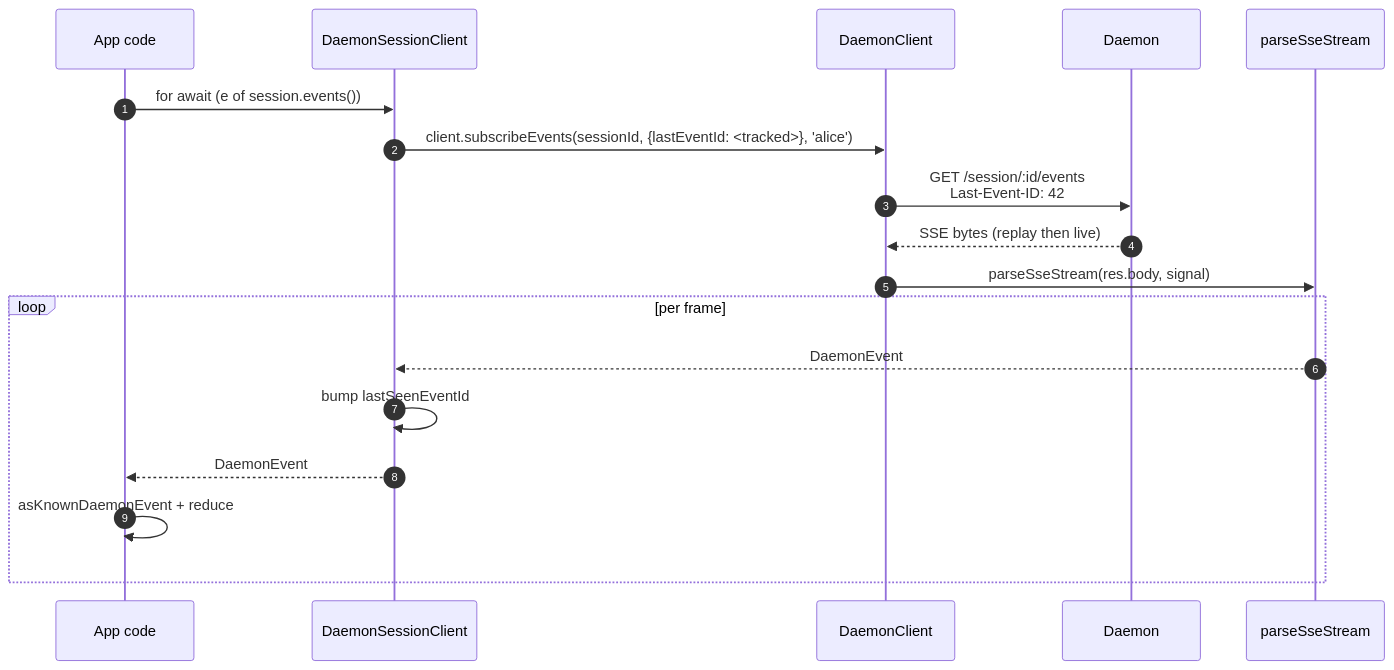
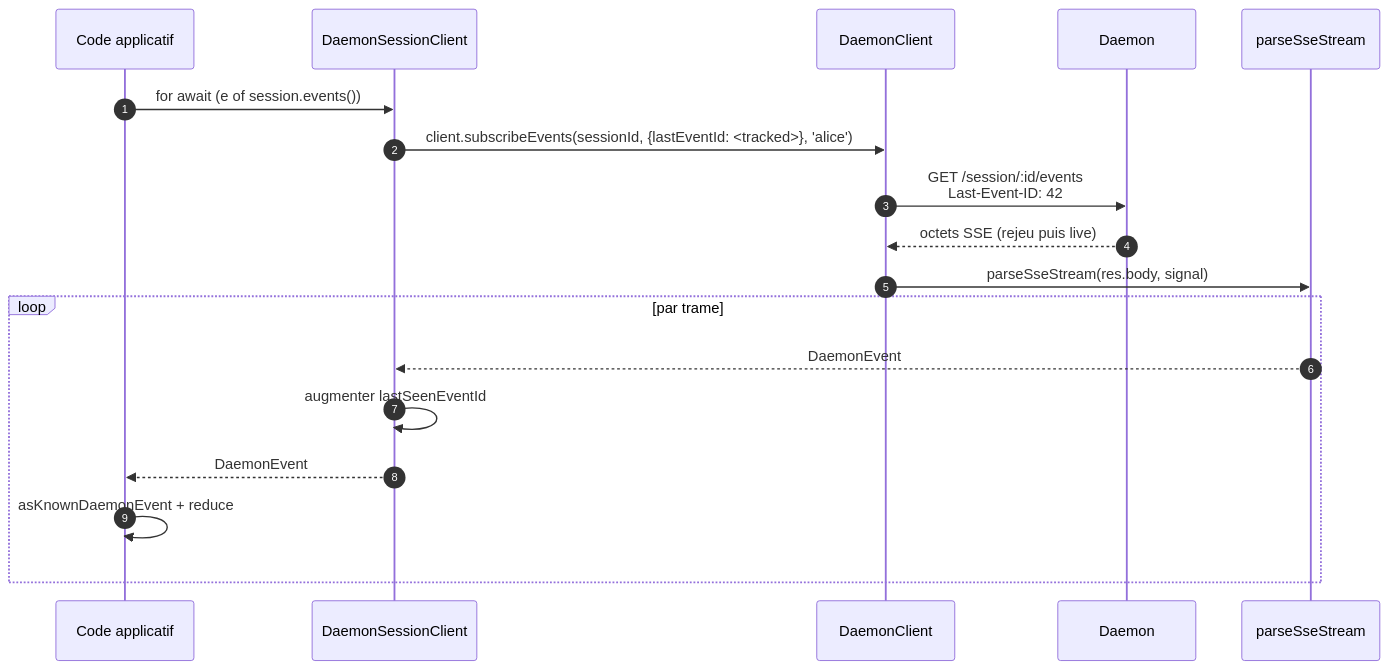
One commit to QwenLM/qwen-code-docs changed the second of 3 diagrams in website/content/fr/developers/daemon/13-sdk-daemon-client.md. Above: the diagram before and after it, drawn with Mermaid. The commit also changed other lines of this file and 1077 other files, not shown here.

````diff
--- a/website/content/fr/developers/daemon/13-sdk-daemon-client.md
+++ b/website/content/fr/developers/daemon/13-sdk-daemon-client.md
@@ -156,21 +157,21 @@
 ```mermaid
 sequenceDiagram
     autonumber
-    participant App as App code
+    participant App as Code applicatif
     participant SC as DaemonSessionClient
     participant DC as DaemonClient
     participant D as Daemon
     participant P as parseSseStream
 
     App->>SC: for await (e of session.events())
     SC->>DC: client.subscribeEvents(sessionId, {lastEventId: <tracked>}, 'alice')
     DC->>D: GET /session/:id/events<br/>Last-Event-ID: 42
-    D-->>DC: SSE bytes (replay then live)
+    D-->>DC: octets SSE (rejeu puis live)
     DC->>P: parseSseStream(res.body, signal)
-    loop per frame
+    loop par trame
         P-->>SC: DaemonEvent
-        SC->>SC: bump lastSeenEventId
+        SC->>SC: augmenter lastSeenEventId
         SC-->>App: DaemonEvent
         App->>App: asKnownDaemonEvent + reduce
     end
 ```
````
